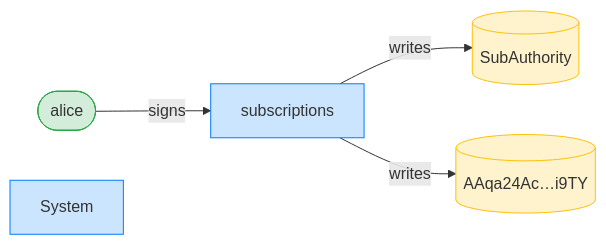
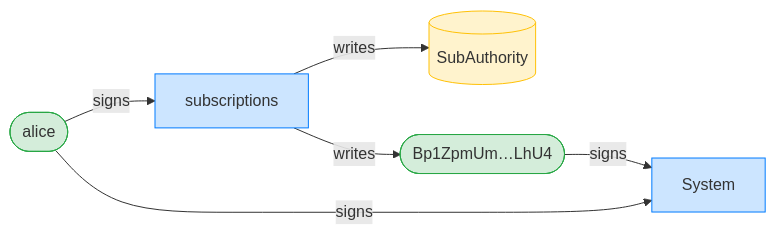
One commit to cds-rs/subscriptions changed diagram 15 of 16 in dsl_tests/create-multiple-delegations-at-different-nonces.md. Above: the diagram before and after it, drawn with Mermaid. The commit also changed other lines of this file and 224 other files, not shown here.

````diff
--- a/dsl_tests/create-multiple-delegations-at-different-nonces.md
+++ b/dsl_tests/create-multiple-delegations-at-different-nonces.md
@@ -276,14 +288,16 @@
 ```mermaid
 flowchart LR
     classDef signer fill:#d4edda,stroke:#28a745;
     classDef program fill:#cce5ff,stroke:#007bff;
     classDef writable fill:#fff3cd,stroke:#ffc107;
     subscriptions[subscriptions]:::program
     alice([alice]):::signer
     SubAuthority[(SubAuthority)]:::writable
-    AAqa24Ac_i9TY[("AAqa24Ac…i9TY")]:::writable
+    Bp1ZpmUm_LhU4(["Bp1ZpmUm…LhU4"]):::signer
     System[System]:::program
     alice -->|signs| subscriptions
+    alice -->|signs| System
+    Bp1ZpmUm_LhU4 -->|signs| System
     subscriptions -->|writes| SubAuthority
-    subscriptions -->|writes| AAqa24Ac_i9TY
+    subscriptions -->|writes| Bp1ZpmUm_LhU4
 ```
````
